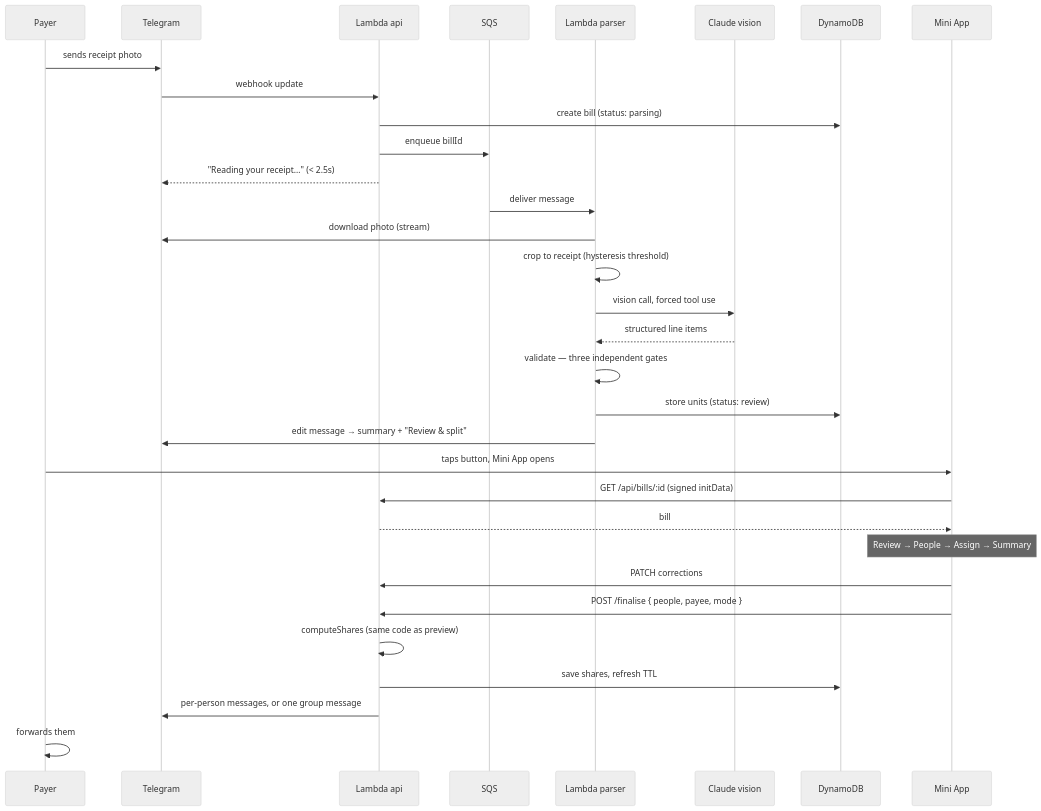
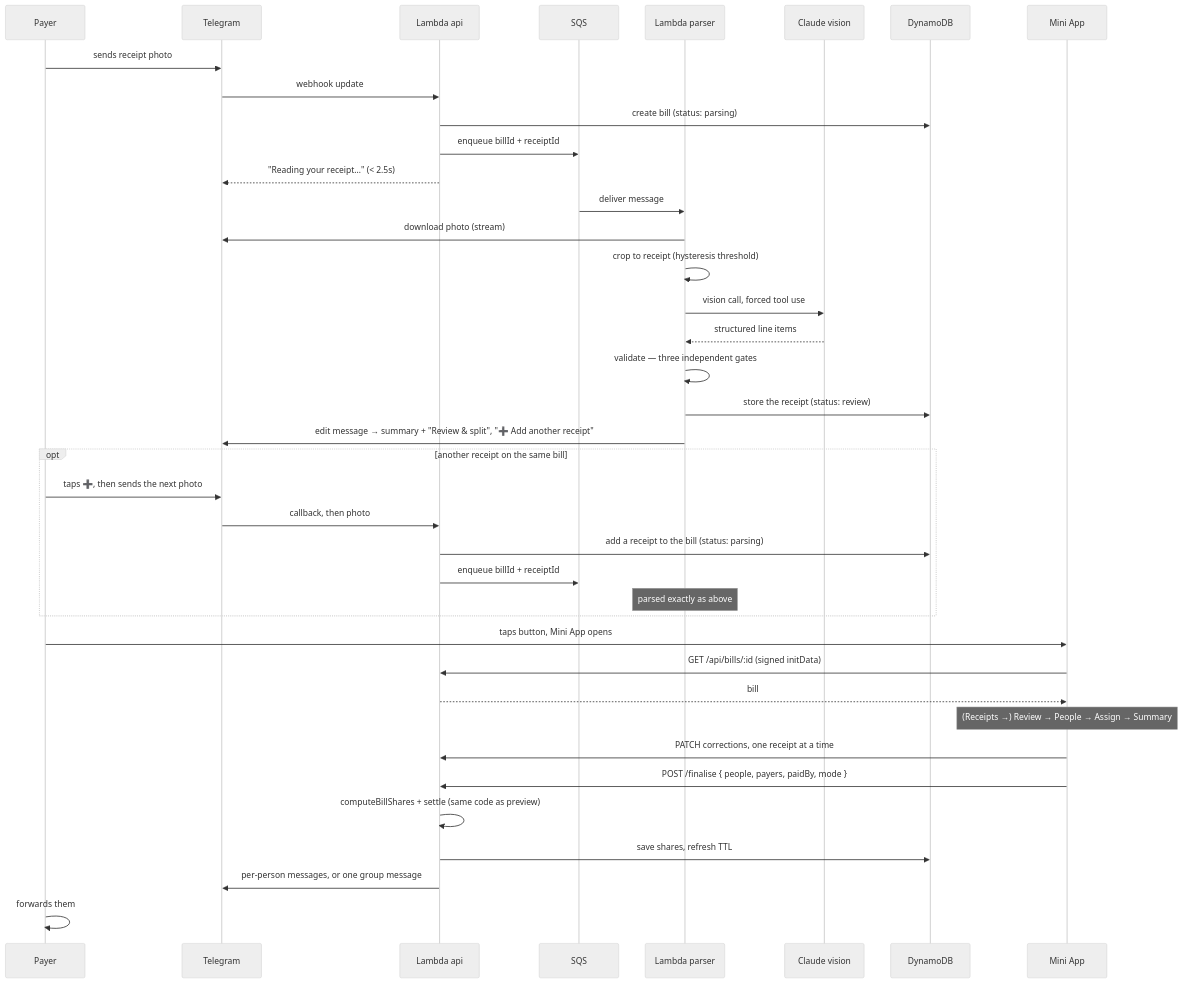
Before and after one commit to anyhowwws/AnySplit: the third of 4 diagrams in DESIGN.md, drawn with Mermaid (neutral theme). The commit also changed other lines of this file and 2 other files, not shown here.

Commit message:
Bring the docs and privacy policy up to date with multi-receipt bills (#24)
DESIGN.md's intro, code layout, sequence diagram and Summary screen row
still described one receipt and one payer; the README layout missed
receipts and settle.

The privacy page now covers several receipt photos and one payer per
receipt, and lists the 15-minute "add another receipt" note. It also
corrects a claim that predates today: the Telegram user ID was said never
to be stored as itself, but each bill keeps it as adminId so only its
owner can open it -- and the add-receipt note keys on it too. Both are
short-lived; everywhere else (logs, usage tally, rate-limit counters) it
is hashed, as before.

````diff
--- a/DESIGN.md
+++ b/DESIGN.md
@@ -244,37 +249,45 @@
 ```mermaid
 sequenceDiagram
     participant U as Payer
     participant TG as Telegram
     participant API as Lambda api
     participant Q as SQS
     participant P as Lambda parser
     participant C as Claude vision
     participant DB as DynamoDB
     participant MA as Mini App
 
     U->>TG: sends receipt photo
     TG->>API: webhook update
     API->>DB: create bill (status: parsing)
-    API->>Q: enqueue billId
+    API->>Q: enqueue billId + receiptId
     API-->>TG: "Reading your receipt…" (< 2.5s)
 
     Q->>P: deliver message
     P->>TG: download photo (stream)
     P->>P: crop to receipt (hysteresis threshold)
     P->>C: vision call, forced tool use
     C-->>P: structured line items
     P->>P: validate — three independent gates
-    P->>DB: store units (status: review)
-    P->>TG: edit message → summary + "Review & split"
+    P->>DB: store the receipt (status: review)
+    P->>TG: edit message → summary + "Review & split", "➕ Add another receipt"
+
+    opt another receipt on the same bill
+        U->>TG: taps ➕, then sends the next photo
+        TG->>API: callback, then photo
+        API->>DB: add a receipt to the bill (status: parsing)
+        API->>Q: enqueue billId + receiptId
+        Note over P: parsed exactly as above
+    end
 
     U->>MA: taps button, Mini App opens
     MA->>API: GET /api/bills/:id (signed initData)
     API-->>MA: bill
-    Note over MA: Review → People → Assign → Summary
-    MA->>API: PATCH corrections
-    MA->>API: POST /finalise { people, payee, mode }
-    API->>API: computeShares (same code as preview)
+    Note over MA: (Receipts →) Review → People → Assign → Summary
+    MA->>API: PATCH corrections, one receipt at a time
+    MA->>API: POST /finalise { people, payers, paidBy, mode }
+    API->>API: computeBillShares + settle (same code as preview)
     API->>DB: save shares, refresh TTL
     API->>TG: per-person messages, or one group message
     U->>U: forwards them
 ```
````
